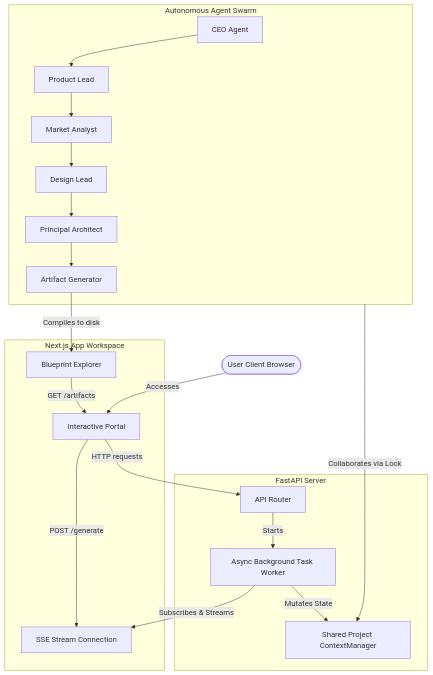
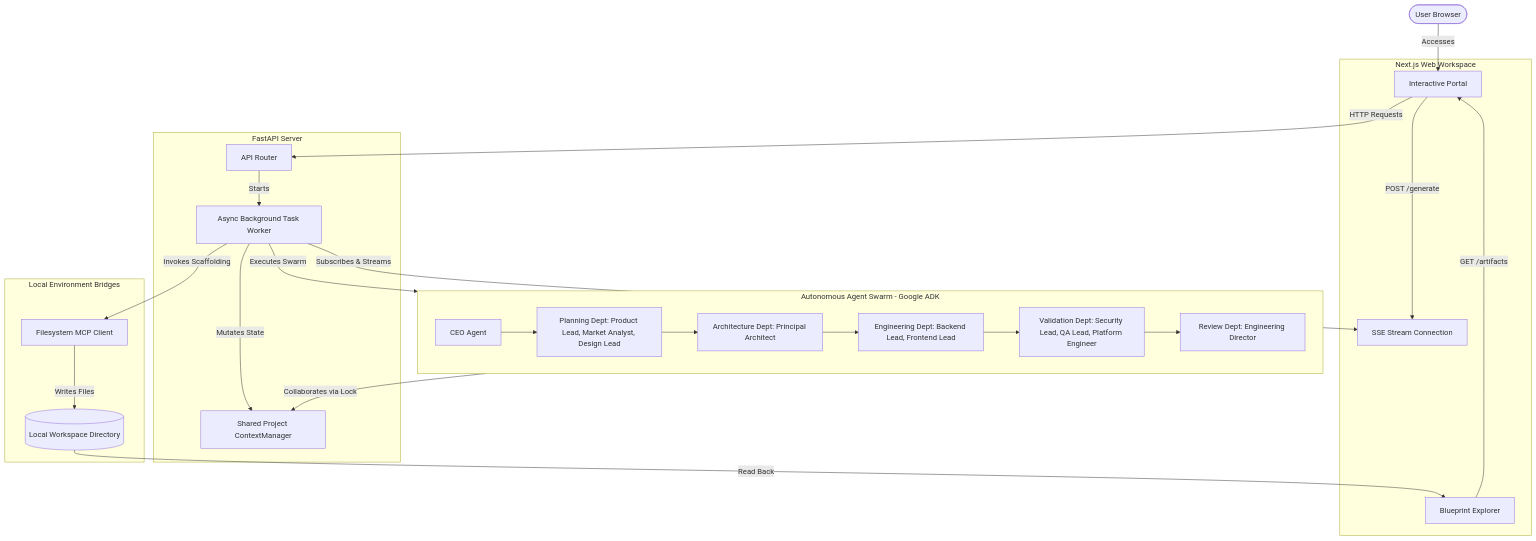
The diagram in README.md (SujalUshir/DevForge-AI), drawn with Mermaid before and after one commit. The commit also changed other lines of this file, not shown here.

````diff
--- a/README.md
+++ b/README.md
@@ -132,37 +63,45 @@
 ```mermaid
 graph TD
-    User([User Client Browser])
+    User([User Browser])
     
-    subgraph Frontend [Next.js App Workspace]
+    subgraph Frontend [Next.js Web Workspace]
         UI[Interactive Portal]
         SSE[SSE Stream Connection]
         EXP[Blueprint Explorer]
         UI -->|POST /generate| SSE
         EXP -->|GET /artifacts| UI
     end
     
     subgraph Backend [FastAPI Server]
         API[API Router]
         BGS[Async Background Task Worker]
         CM[Shared Project ContextManager]
         API -->|Starts| BGS
         BGS -->|Mutates State| CM
     end
     
-    subgraph Swarm [Autonomous Agent Swarm]
+    subgraph Swarm [Autonomous Agent Swarm - Google ADK]
         CEO[CEO Agent]
-        PL[Product Lead]
-        MA[Market Analyst]
-        DL[Design Lead]
-        PA[Principal Architect]
-        AG[Artifact Generator]
+        PLAN[Planning Dept: Product Lead, Market Analyst, Design Lead]
+        ARCH[Architecture Dept: Principal Architect]
+        ENG[Engineering Dept: Backend Lead, Frontend Lead]
+        VAL[Validation Dept: Security Lead, QA Lead, Platform Engineer]
+        REV[Review Dept: Engineering Director]
         
-        CEO --> PL --> MA --> DL --> PA --> AG
+        CEO --> PLAN --> ARCH --> ENG --> VAL --> REV
+    end
+
+    subgraph Tools [Local Environment Bridges]
+        MCP[Filesystem MCP Client]
+        Disk[(Local Workspace Directory)]
     end
     
     User -->|Accesses| UI
-    UI -->|HTTP requests| API
+    UI -->|HTTP Requests| API
     BGS -->|Subscribes & Streams| SSE
-    AG -->|Compiles to disk| EXP
+    BGS -->|Executes Swarm| Swarm
     Swarm -->|Collaborates via Lock| CM
+    BGS -->|Invokes Scaffolding| MCP
+    MCP -->|Writes Files| Disk
+    Disk -->|Read Back| EXP
 ```
````
